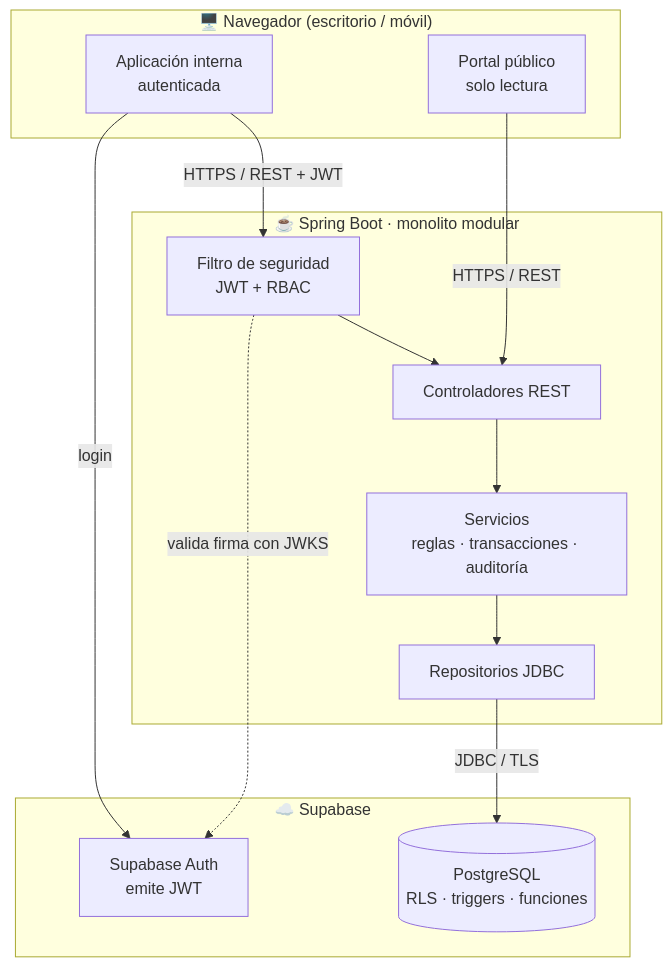
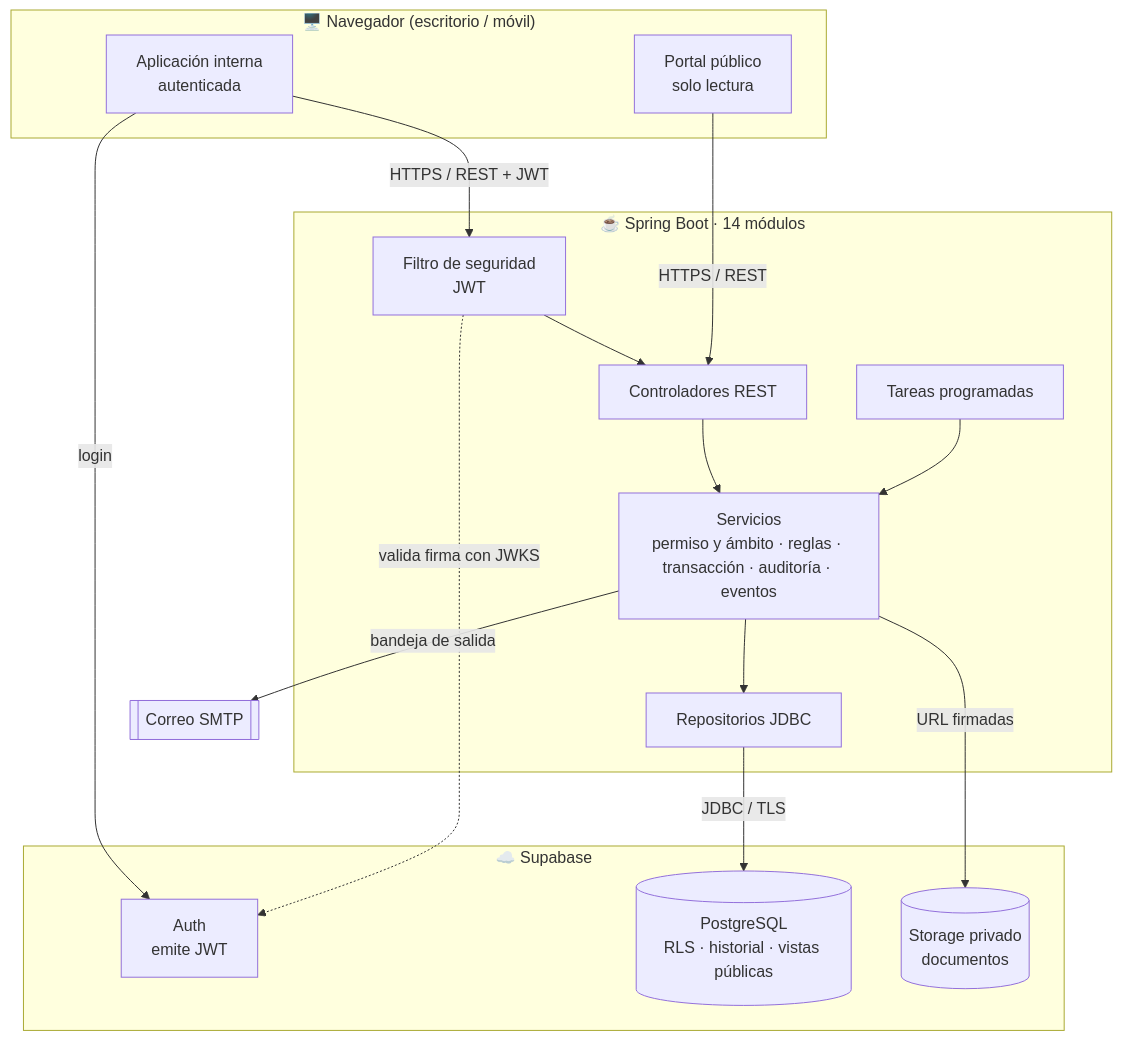
One commit to israelweil/SIGLIM changed the second of 2 diagrams in README.md. Above: the diagram before and after it, drawn with Mermaid. The commit also changed other lines of this file and 28 other files, not shown here.

````diff
--- a/README.md
+++ b/README.md
@@ -92,21 +92,26 @@
 ```mermaid
 flowchart TB
     subgraph Navegador["🖥️ Navegador (escritorio / móvil)"]
         P[Portal público<br/>solo lectura]
         I[Aplicación interna<br/>autenticada]
     end
-    subgraph API["☕ Spring Boot · monolito modular"]
-        S[Filtro de seguridad<br/>JWT + RBAC] --> C[Controladores REST]
-        C --> SV[Servicios<br/>reglas · transacciones · auditoría]
+    subgraph API["☕ Spring Boot · 14 módulos"]
+        S[Filtro de seguridad<br/>JWT] --> C[Controladores REST]
+        C --> SV[Servicios<br/>permiso y ámbito · reglas · transacción · auditoría · eventos]
         SV --> R[Repositorios JDBC]
+        T[Tareas programadas] --> SV
     end
     subgraph SB["☁️ Supabase"]
-        AUTH[Supabase Auth<br/>emite JWT]
-        DB[(PostgreSQL<br/>RLS · triggers · funciones)]
+        AUTH[Auth<br/>emite JWT]
+        DB[(PostgreSQL<br/>RLS · historial · vistas públicas)]
+        ST[(Storage privado<br/>documentos)]
     end
+    MAIL[[Correo SMTP]]
     I -- login --> AUTH
     P -- HTTPS / REST --> C
     I -- HTTPS / REST + JWT --> S
     S -. valida firma con JWKS .-> AUTH
     R -- JDBC / TLS --> DB
+    SV -- URL firmadas --> ST
+    SV -- bandeja de salida --> MAIL
 ```
````
